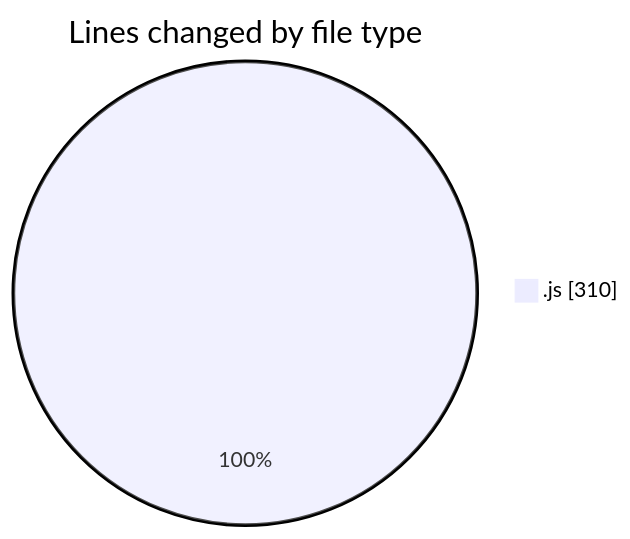
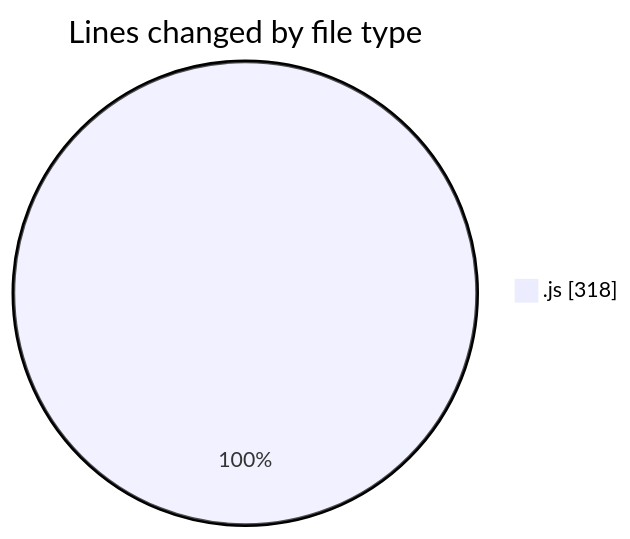
Before and after one commit to momahboobian/code-tracking: the first of 2 diagrams in 2025-02-03/cda/README.md, drawn with Mermaid. The commit also changed other lines of this file and 1 other file, not shown here.

````diff
--- a/2025-02-03/cda/README.md
+++ b/2025-02-03/cda/README.md
@@ -22,5 +22,5 @@
 ```mermaid
 pie showData
 title Lines changed by file type
-".js" : 310
+".js" : 318
 ```
````
